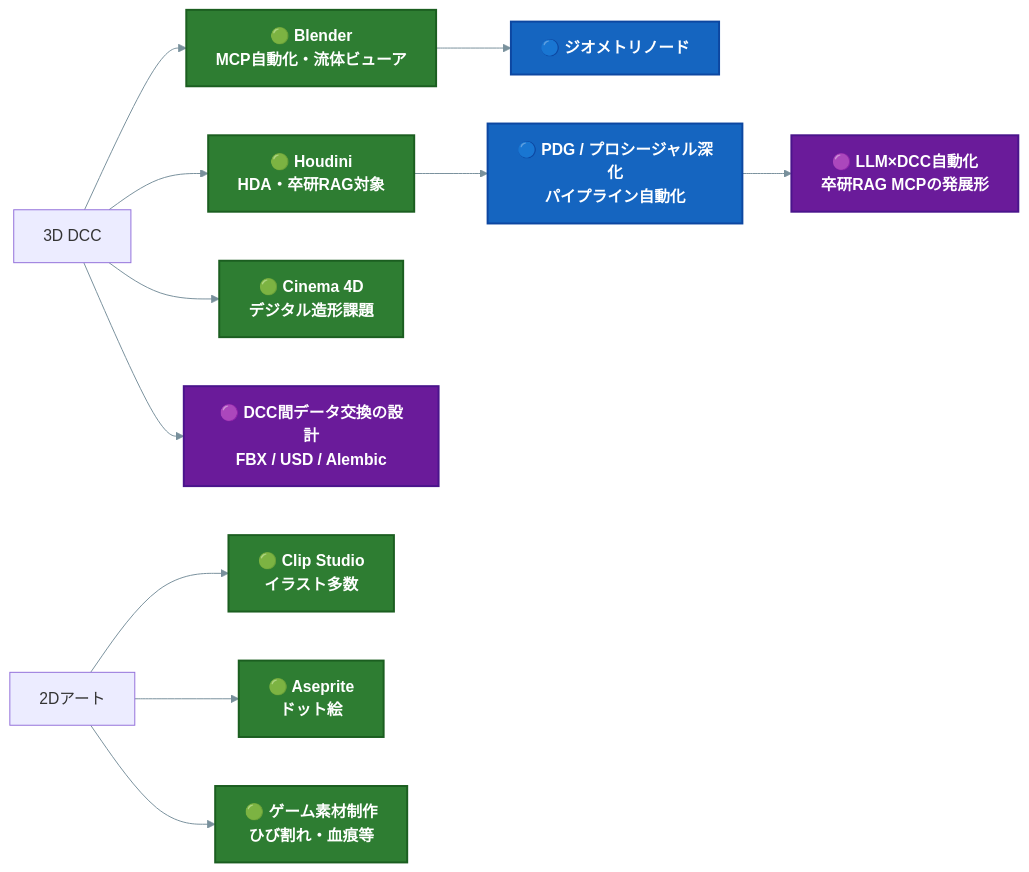
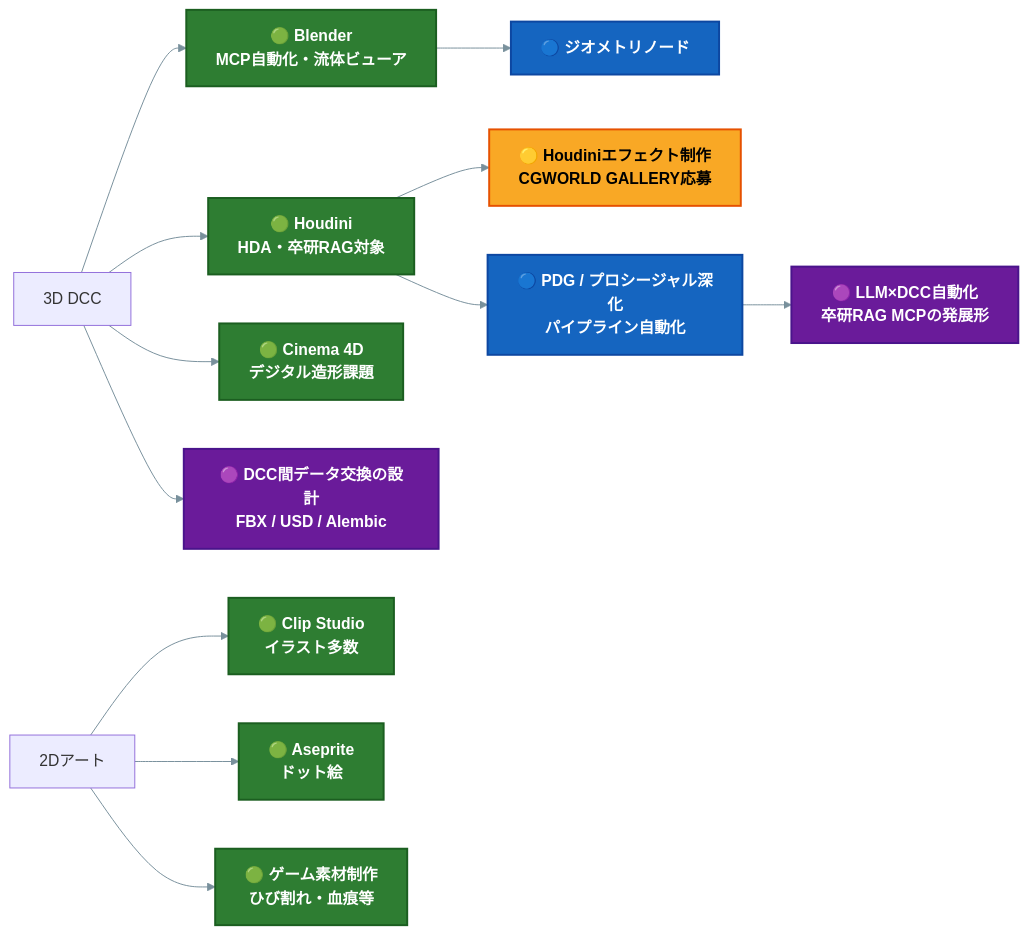
One commit to manato1201/manato1201 changed the ninth of 15 diagrams in README.md. Above: the diagram before and after it, drawn with Mermaid. The commit also changed other lines of this file, not shown here.

Commit message:
Update README with new projects and timeline adjustments

````diff
--- a/README.md
+++ b/README.md
@@ -342,21 +360,22 @@
 ```mermaid
 %%{init: {'themeVariables': {'primaryColor':'#37474f','primaryTextColor':'#ffffff','primaryBorderColor':'#263238','lineColor':'#78909c','fontSize':'16px'}}}%%
 flowchart LR
     DCC[3D DCC] --> B[🟢 Blender<br>MCP自動化・流体ビューア]:::done
     DCC --> H[🟢 Houdini<br>HDA・卒研RAG対象]:::done
     DCC --> C4[🟢 Cinema 4D<br>デジタル造形課題]:::done
+    H --> H1[🟡 Houdiniエフェクト制作<br>CGWORLD GALLERY応募]:::review
     H --> H2[🔵 PDG / プロシージャル深化<br>パイプライン自動化]:::next
     B --> B2[🔵 ジオメトリノード]:::next
 
     ART[2Dアート] --> I1[🟢 Clip Studio<br>イラスト多数]:::done
     ART --> I2[🟢 Aseprite<br>ドット絵]:::done
     ART --> I3[🟢 ゲーム素材制作<br>ひび割れ・血痕等]:::done
 
     DCC --> X1[🟣 DCC間データ交換の設計<br>FBX / USD / Alembic]:::adv
     H2 --> X2[🟣 LLM×DCC自動化<br>卒研RAG MCPの発展形]:::adv
 
     classDef done fill:#2e7d32,stroke:#1b5e20,stroke-width:2px,color:#ffffff,font-weight:bold
     classDef review fill:#f9a825,stroke:#e65100,stroke-width:2px,color:#000000,font-weight:bold
     classDef next fill:#1565c0,stroke:#0d47a1,stroke-width:2px,color:#ffffff,font-weight:bold
     classDef adv fill:#6a1b9a,stroke:#4a148c,stroke-width:2px,color:#ffffff,font-weight:bold
 ```
````
